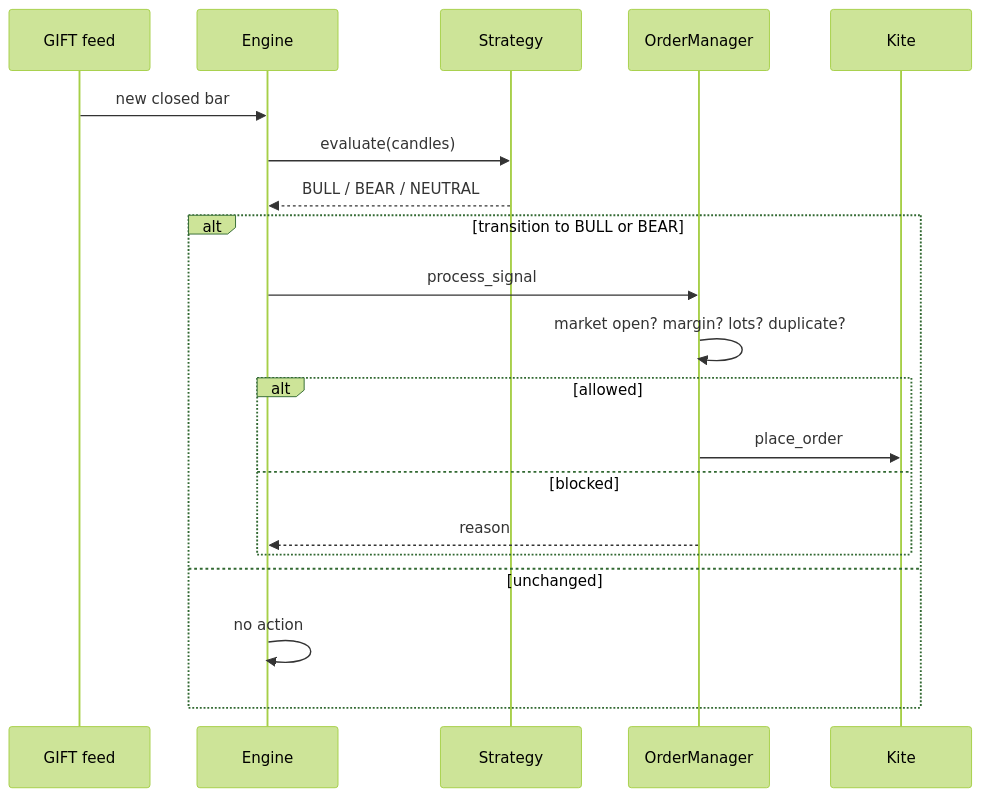
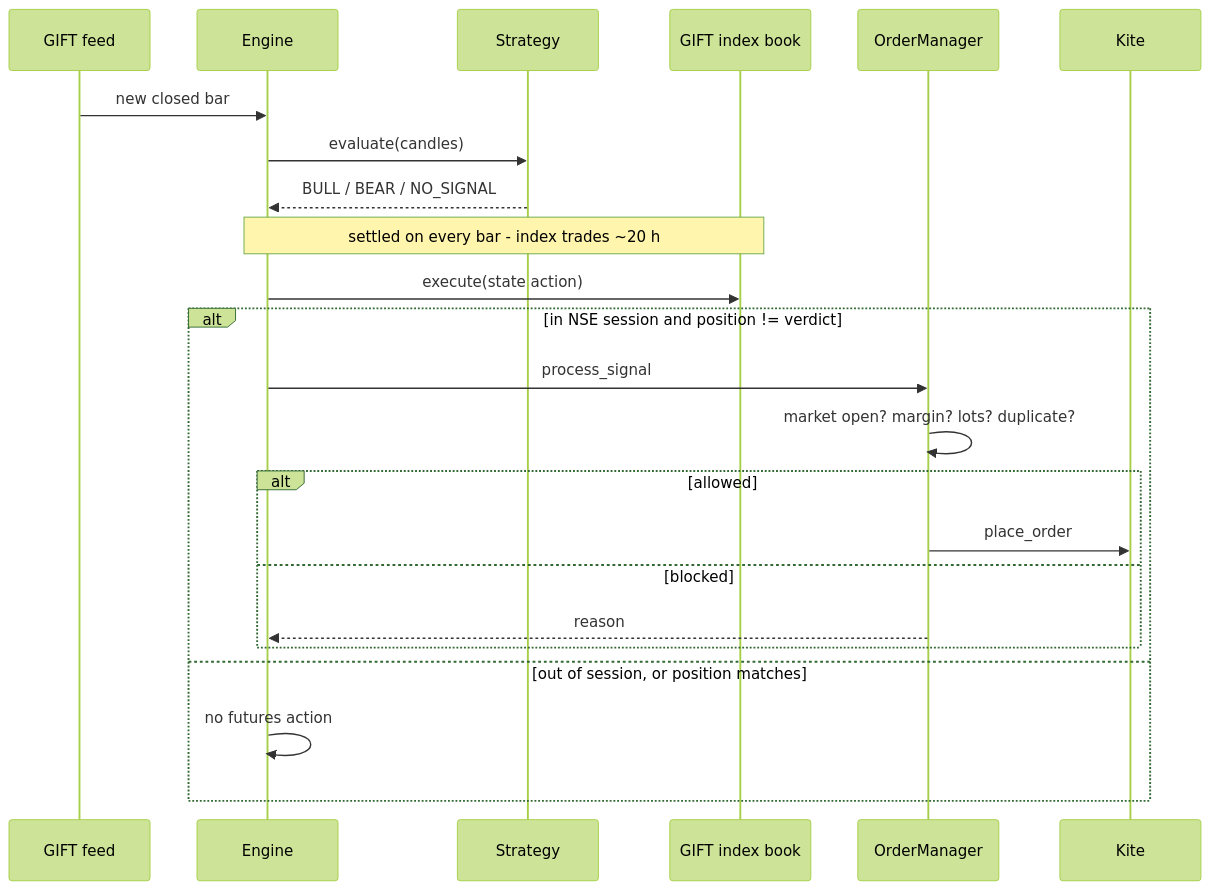
Before and after one commit to surikbs-xp/belaku: the diagram in website/docs/architecture.md, drawn with Mermaid (forest theme). The commit also changed other lines of this file and 57 other files, not shown here.

````diff
--- a/website/docs/architecture.md
+++ b/website/docs/architecture.md
@@ -89,23 +93,26 @@
 ```mermaid
 sequenceDiagram
     participant F as GIFT feed
     participant E as Engine
     participant S as Strategy
+    participant G as GIFT index book
     participant O as OrderManager
     participant K as Kite
 
     F->>E: new closed bar
     E->>S: evaluate(candles)
-    S-->>E: BULL / BEAR / NEUTRAL
-    alt transition to BULL or BEAR
+    S-->>E: BULL / BEAR / NO_SIGNAL
+    Note over E,G: settled on every bar - index trades ~20 h
+    E->>G: execute(state action)
+    alt in NSE session and position != verdict
         E->>O: process_signal
         O->>O: market open? margin? lots? duplicate?
         alt allowed
             O->>K: place_order
         else blocked
             O-->>E: reason
         end
-    else unchanged
-        E->>E: no action
+    else out of session, or position matches
+        E->>E: no futures action
     end
 ```
````
